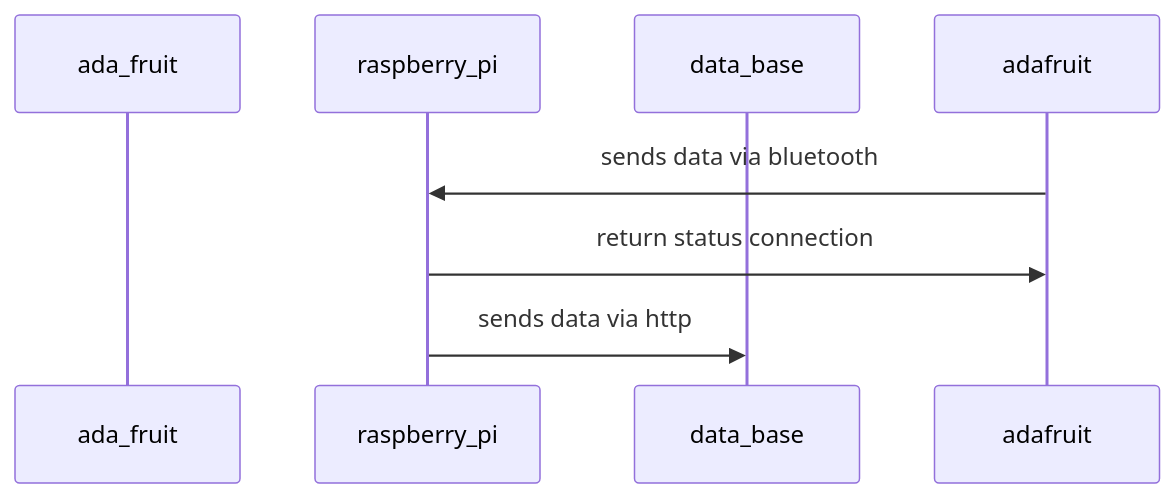
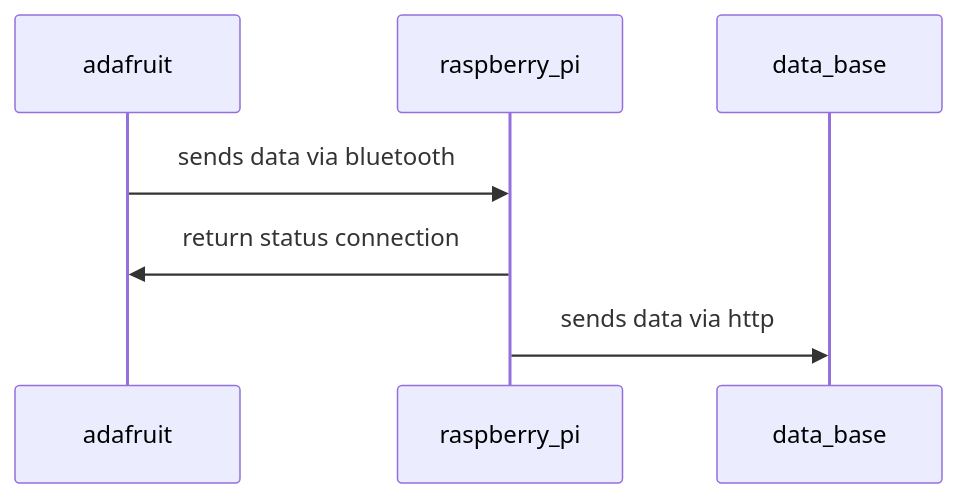
One commit to nicolarohner1337/smartclassroom changed the diagram in abgabe_bericht/software_module_sequenzdiagramme/mainUnit.md. Above: the diagram before and after it, drawn with Mermaid.

````diff
--- a/abgabe_bericht/software_module_sequenzdiagramme/mainUnit.md
+++ b/abgabe_bericht/software_module_sequenzdiagramme/mainUnit.md
@@ -2,9 +2,9 @@
 ```mermaid
 sequenceDiagram
-    participant ada_fruit
+    participant adafruit
     participant raspberry_pi
     participant data_base
     adafruit->>raspberry_pi: sends data via bluetooth
     raspberry_pi->>adafruit: return status connection
     raspberry_pi->>data_base: sends data via http
 ```
````
